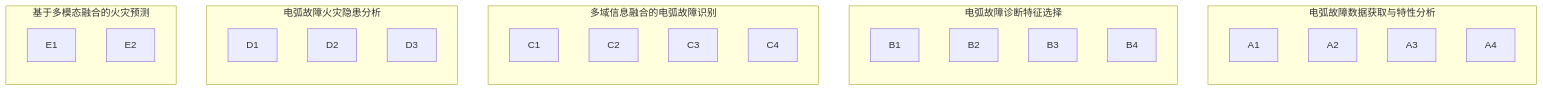
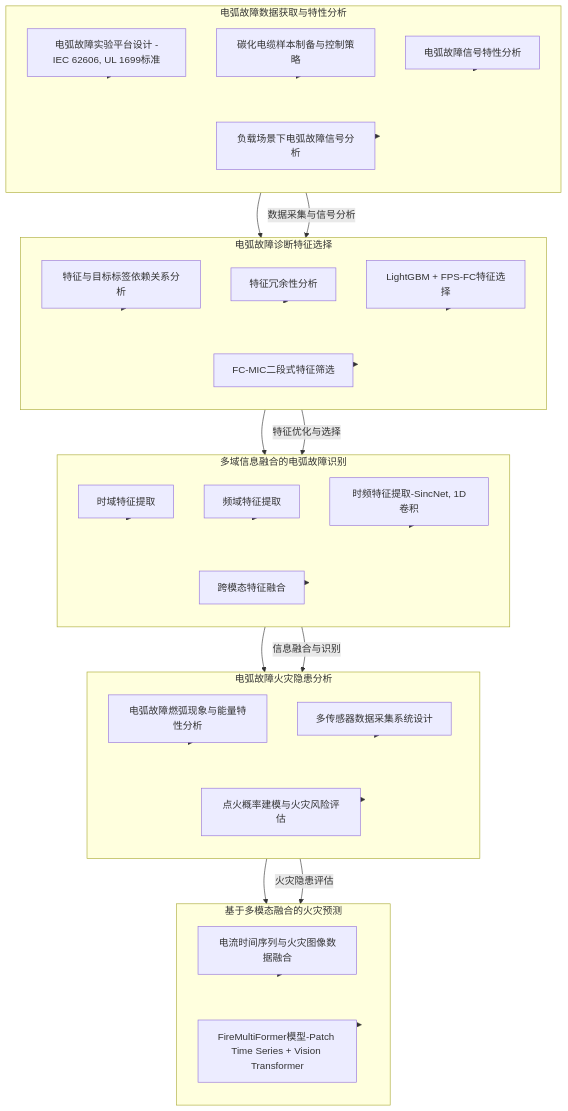
Before and after one commit to LilWei-DU/iodraw-files: the diagram in all/未命名-1.md, drawn with Mermaid.

Commit message:
2025-02-27 05:16:29 update

````diff
--- a/all/未命名-1.md
+++ b/all/未命名-1.md
@@ -1,43 +1,79 @@
 ```mermaid
 graph TD;
+    A[电弧故障数据获取与特性分析] --> B[电弧故障诊断特征选择];
+    B --> C[多域信息融合的电弧故障识别];
+    C --> D[电弧故障火灾隐患分析];
+    D --> E[基于多模态融合的火灾预测];
 
+    %% 电弧故障数据获取与特性分析
+    A1[电弧故障实验平台设计 -IEC 62606, UL 1699标准] --> A;
+    A2[碳化电缆样本制备与控制策略] --> A;
+    A3[电弧故障信号特性分析] --> A;
+    A4[负载场景下电弧故障信号分析] --> A;
+    
+    %% 电弧故障诊断特征选择
+    B1[特征与目标标签依赖关系分析] --> B;
+    B2[特征冗余性分析] --> B;
+    B3[LightGBM + FPS-FC特征选择] --> B;
+    B4[FC-MIC二段式特征筛选] --> B;
+
+    %% 多域信息融合的电弧故障识别
+    C1[时域特征提取] --> C;
+    C2[频域特征提取] --> C;
+    C3[时频特征提取-SincNet, 1D卷积] --> C;
+    C4[跨模态特征融合] --> C;
+
+    %% 电弧故障火灾隐患分析
+    D1[电弧故障燃弧现象与能量特性分析] --> D;
+    D2[多传感器数据采集系统设计] --> D;
+    D3[点火概率建模与火灾风险评估] --> D;
+
+    %% 基于多模态融合的火灾预测
+    E1[电流时间序列与火灾图像数据融合] --> E;
+    E2[FireMultiFormer模型-Patch Time Series + Vision Transformer] --> E;
+    
+    %% 逻辑关系
+    A -->|数据采集与信号分析| B;
+    B -->|特征优化与选择| C;
+    C -->|信息融合与识别| D;
+    D -->|火灾隐患评估| E;
 
     %% 每个模块的具体内容
     subgraph A [电弧故障数据获取与特性分析]
         direction TB;
         A1;
         A2;
         A3;
         A4;
     end
     
     subgraph B [电弧故障诊断特征选择]
         direction TB;
         B1;
         B2;
         B3;
         B4;
     end
     
     subgraph C [多域信息融合的电弧故障识别]
         direction TB;
         C1;
         C2;
         C3;
         C4;
     end
     
     subgraph D [电弧故障火灾隐患分析]
         direction TB;
         D1;
         D2;
         D3;
     end
     
     subgraph E [基于多模态融合的火灾预测]
         direction TB;
         E1;
         E2;
     end
 
 ```
````
